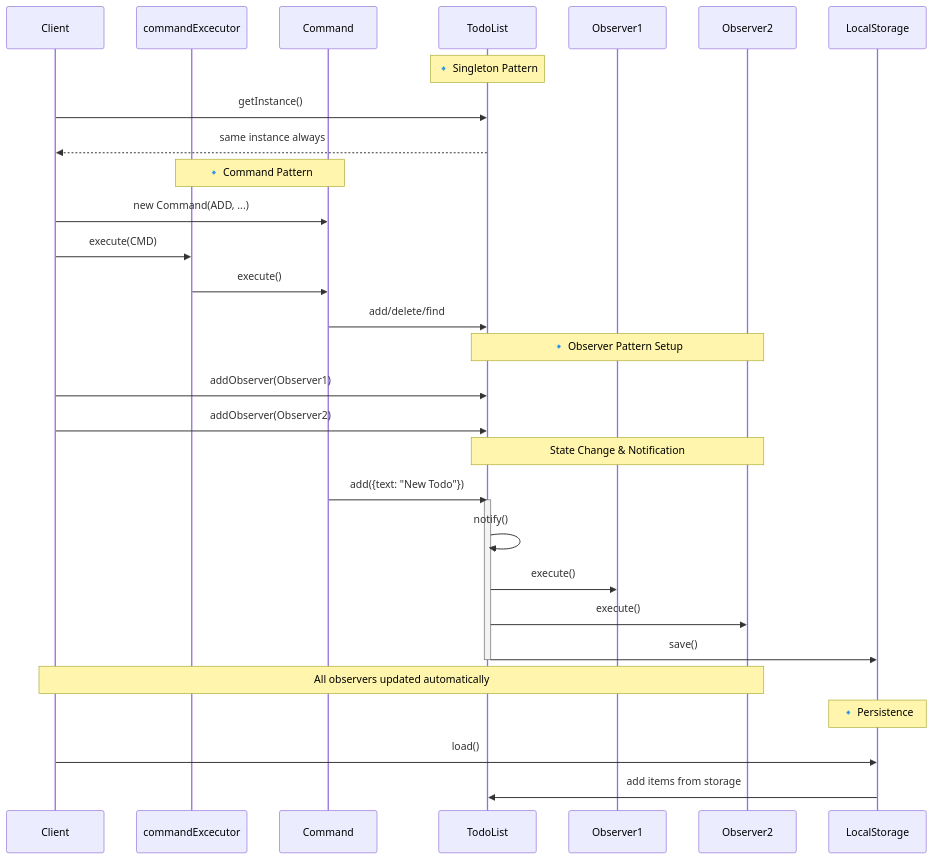
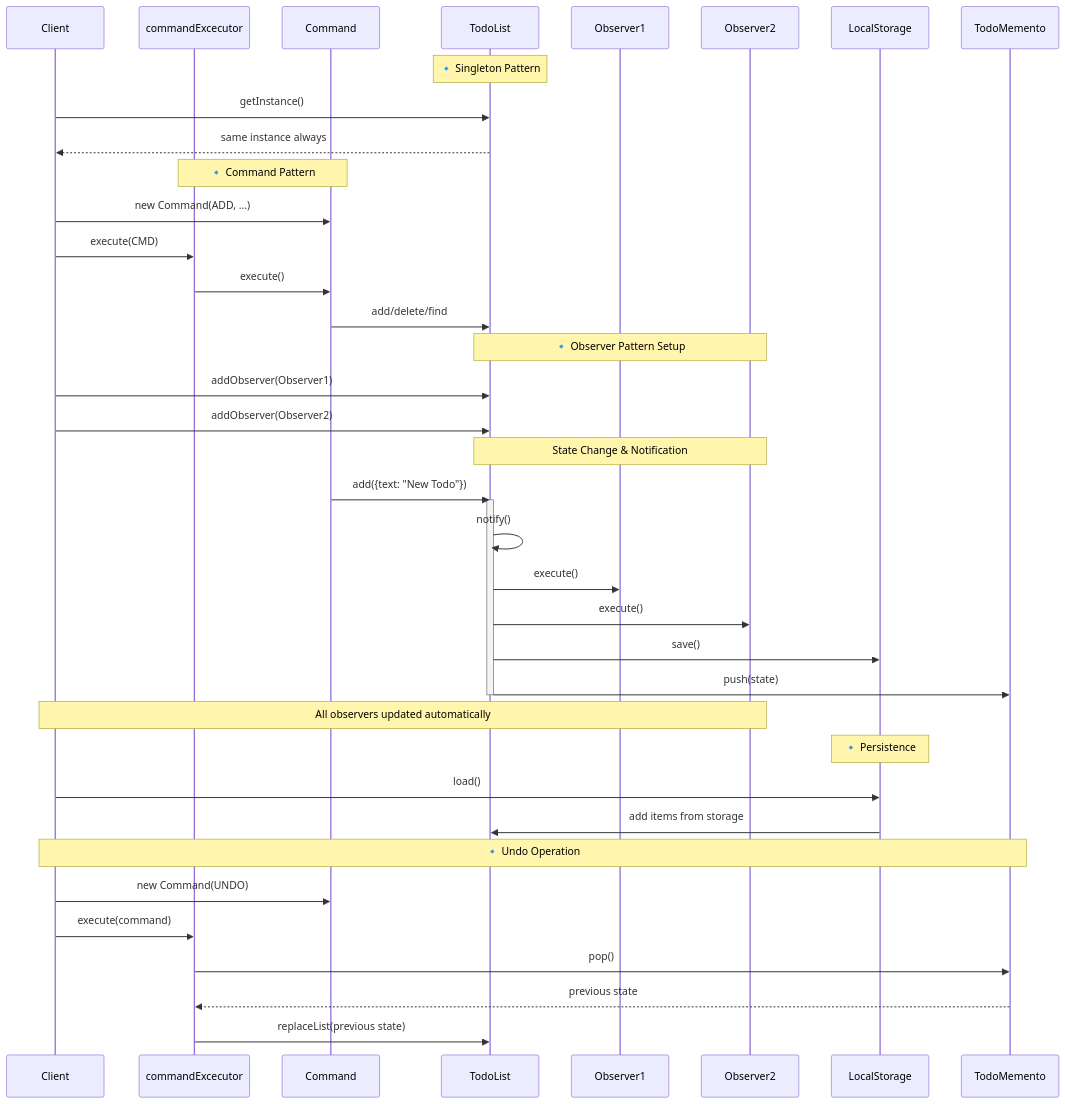
Before and after one commit to Shinkei/js-todo-patterns: the second of 3 diagrams in README.md, drawn with Mermaid. The commit also changed other lines of this file, not shown here.

````diff
--- a/README.md
+++ b/README.md
@@ -78,38 +88,46 @@
 ```mermaid
 sequenceDiagram
     participant C as Client
     participant CE as commandExcecutor
     participant CMD as Command
     participant TL as TodoList
     participant O1 as Observer1
     participant O2 as Observer2
 
     Note over TL: 🔹 Singleton Pattern
     C->>TL: getInstance()
     TL-->>C: same instance always
 
     Note over CE,CMD: 🔹 Command Pattern
     C->>CMD: new Command(ADD, ...)
     C->>CE: execute(CMD)
     CE->>CMD: execute()
     CMD->>TL: add/delete/find
 
     Note over TL,O2: 🔹 Observer Pattern Setup
     C->>TL: addObserver(Observer1)
     C->>TL: addObserver(Observer2)
 
     Note over TL,O2: State Change & Notification
     CMD->>TL: add({text: "New Todo"})
     activate TL
     TL->>TL: notify()
     TL->>O1: execute() 
     TL->>O2: execute()
     TL->>LocalStorage: save()
+    TL->>TodoMemento: push(state)
     deactivate TL
 
     Note over C,O2: All observers updated automatically
 
     Note over LocalStorage: 🔹 Persistence
     C->>LocalStorage: load()
     LocalStorage->>TL: add items from storage
+    
+    Note over C,TodoMemento: 🔹 Undo Operation
+    C->>CMD: new Command(UNDO)
+    C->>CE: execute(command)
+    CE->>TodoMemento: pop()
+    TodoMemento-->>CE: previous state
+    CE->>TL: replaceList(previous state)
 ```
````
